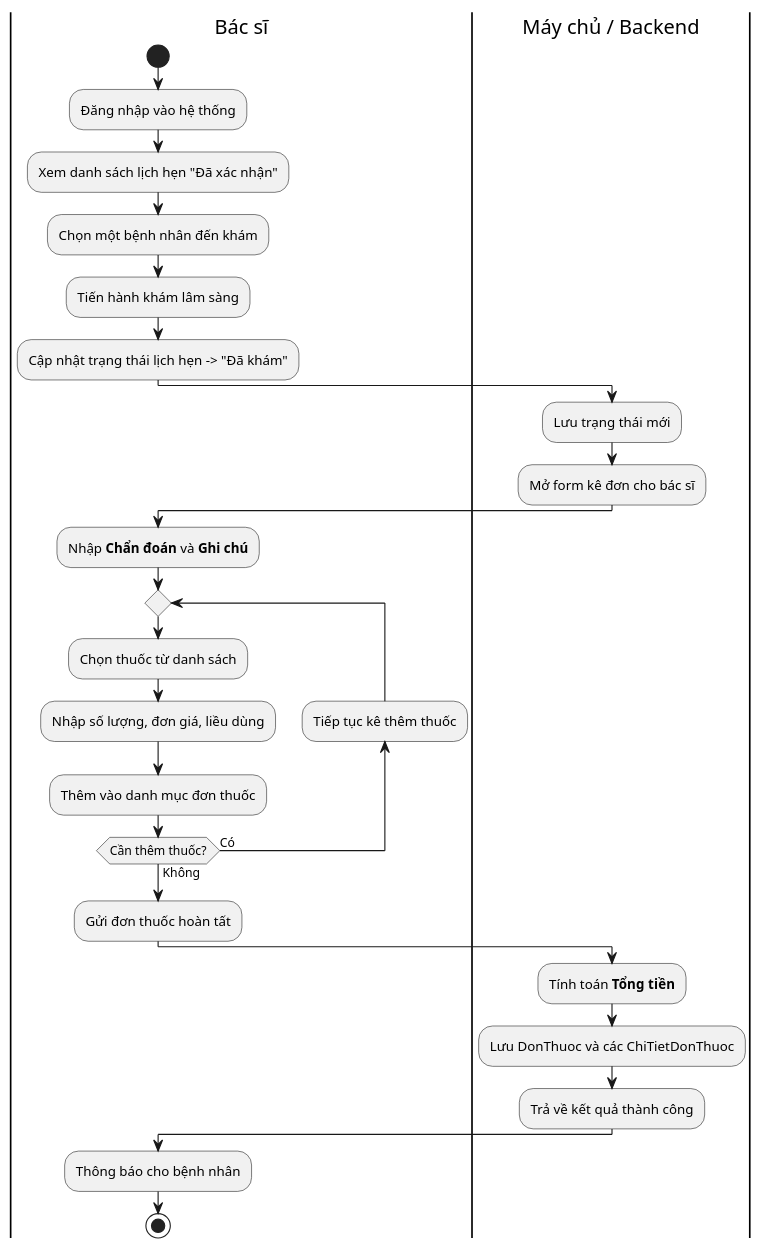
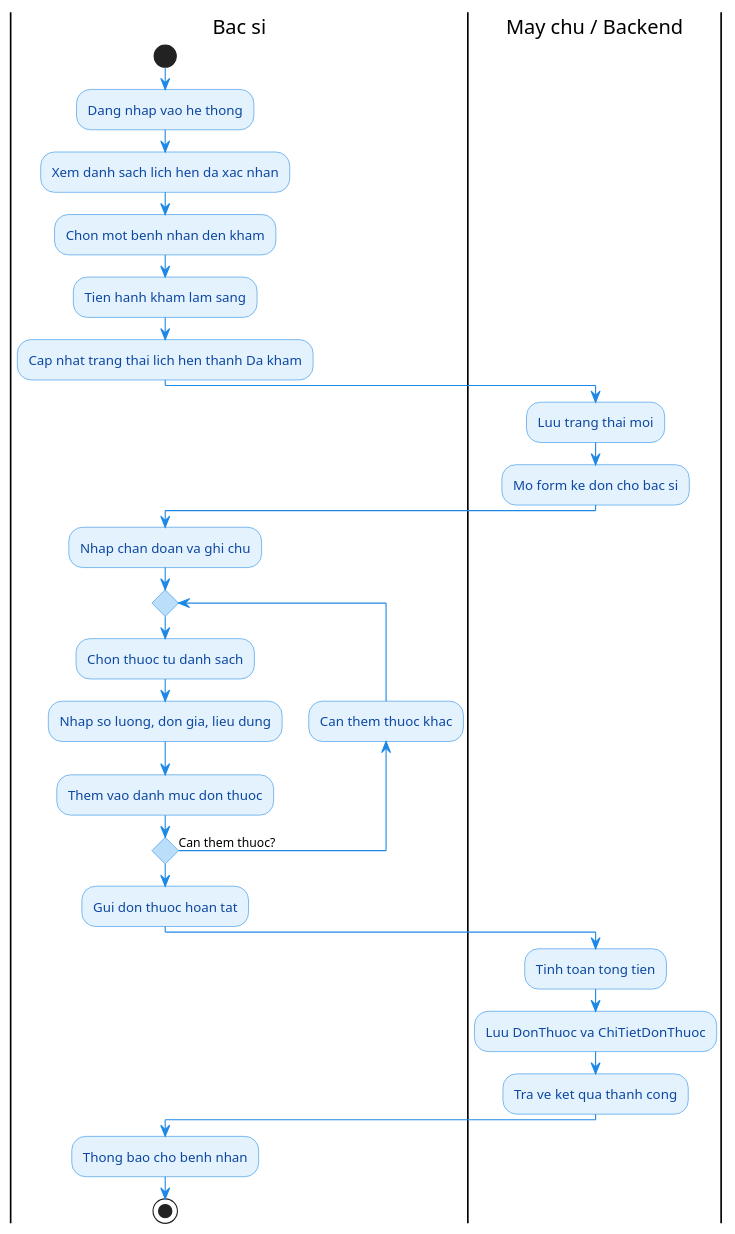
The diagram in server/doc/diagrams/ACT_03_KeDonThuoc.puml (yqhuouc/HealthCare), drawn with PlantUML before and after one commit. The commit also changed 39 other files, not shown here.

Commit message:
docs: add comprehensive UML class, use case, and activity diagrams for clinic system domain

```diff
--- a/server/doc/diagrams/ACT_03_KeDonThuoc.puml
+++ b/server/doc/diagrams/ACT_03_KeDonThuoc.puml
@@ -1,32 +1,50 @@
-@startuml Activity_KheDon
-|Bác sĩ|
+@startuml Activity_KeDonThuoc
+
+skinparam shadowing false
+skinparam backgroundColor white
+skinparam conditionStyle diamond
+skinparam ConditionEndStyle hline
+
+skinparam activity {
+  BackgroundColor #E3F2FD
+  BorderColor #1E88E5
+  FontColor #0D47A1
+  RoundCorner 15
+}
+
+skinparam activityDiamondBackgroundColor #BBDEFB
+skinparam activityDiamondBorderColor #1E88E5
+skinparam activityDiamondFontColor #0D47A1
+skinparam ArrowColor #1E88E5
+
+|Bac si|
 start
-:Đăng nhập vào hệ thống;
-:Xem danh sách lịch hẹn "Đã xác nhận";
-:Chọn một bệnh nhân đến khám;
-:Tiến hành khám lâm sàng;
-:Cập nhật trạng thái lịch hẹn -> "Đã khám";
+:Dang nhap vao he thong;
+:Xem danh sach lich hen da xac nhan;
+:Chon mot benh nhan den kham;
+:Tien hanh kham lam sang;
+:Cap nhat trang thai lich hen thanh Da kham;
 
-|Máy chủ / Backend|
-:Lưu trạng thái mới;
-:Mở form kê đơn cho bác sĩ;
+|May chu / Backend|
+:Luu trang thai moi;
+:Mo form ke don cho bac si;
 
-|Bác sĩ|
-:Nhập **Chẩn đoán** và **Ghi chú**;
+|Bac si|
+:Nhap chan doan va ghi chu;
 repeat
-  :Chọn thuốc từ danh sách;
-  :Nhập số lượng, đơn giá, liều dùng;
-  :Thêm vào danh mục đơn thuốc;
-backward:Tiếp tục kê thêm thuốc;
-repeat while (Cần thêm thuốc?) is (Có) not (Không)
-:Gửi đơn thuốc hoàn tất;
+  :Chon thuoc tu danh sach;
+  :Nhap so luong, don gia, lieu dung;
+  :Them vao danh muc don thuoc;
+backward:Can them thuoc khac;
+repeat while (Can them thuoc?) is (Co) not (Khong)
+:Gui don thuoc hoan tat;
 
-|Máy chủ / Backend|
-:Tính toán **Tổng tiền**;
-:Lưu DonThuoc và các ChiTietDonThuoc;
-:Trả về kết quả thành công;
+|May chu / Backend|
+:Tinh toan tong tien;
+:Luu DonThuoc va ChiTietDonThuoc;
+:Tra ve ket qua thanh cong;
 
-|Bác sĩ|
-:Thông báo cho bệnh nhân;
+|Bac si|
+:Thong bao cho benh nhan;
 stop
 @enduml
```
